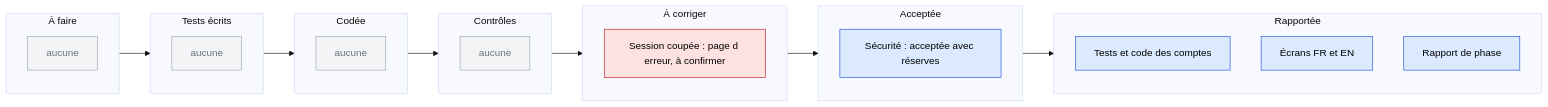
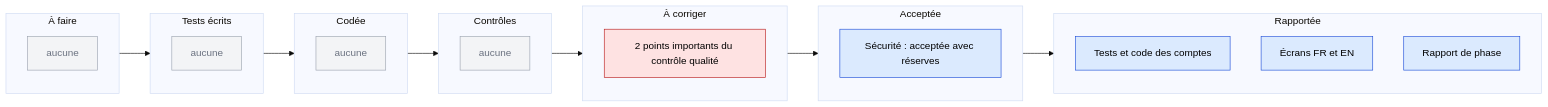
The second of 5 diagrams in docs/reports/TABLEAU-DE-BORD.md (lyon32/lyonpanel), drawn with Mermaid (base theme) before and after one commit. The commit also changed other lines of this file and 198 other files, not shown here.

````diff
--- a/docs/reports/TABLEAU-DE-BORD.md
+++ b/docs/reports/TABLEAU-DE-BORD.md
@@ -37,41 +37,41 @@
 ```mermaid
 flowchart LR
   subgraph A["À faire"]
     direction TB
     a0["aucune"]
   end
   subgraph B["Tests écrits"]
     direction TB
     b0["aucune"]
   end
   subgraph C["Codée"]
     direction TB
     c0["aucune"]
   end
   subgraph D["Contrôles"]
     direction TB
     d0["aucune"]
   end
   subgraph E["À corriger"]
     direction TB
-    e1["Session coupée : page d erreur, à confirmer"]
+    e1["2 points importants du contrôle qualité"]
   end
   subgraph F["Acceptée"]
     direction TB
     f1["Sécurité : acceptée avec réserves"]
   end
   subgraph G["Rapportée"]
     direction TB
     g1["Tests et code des comptes"]
     g2["Écrans FR et EN"]
     g3["Rapport de phase"]
   end
   A --> B --> C --> D --> E --> F --> G
   classDef fait fill:#DBEAFE,stroke:#1D4ED8,color:#000
   classDef encours fill:#FEF3C7,stroke:#B45309,color:#000
   classDef bloque fill:#FEE2E2,stroke:#B91C1C,color:#000
   classDef vide fill:#F3F4F6,stroke:#9CA3AF,color:#6B7280
   class g1,g2,g3,f1 fait
   class e1 bloque
   class a0,b0,c0,d0 vide
 ```
````
